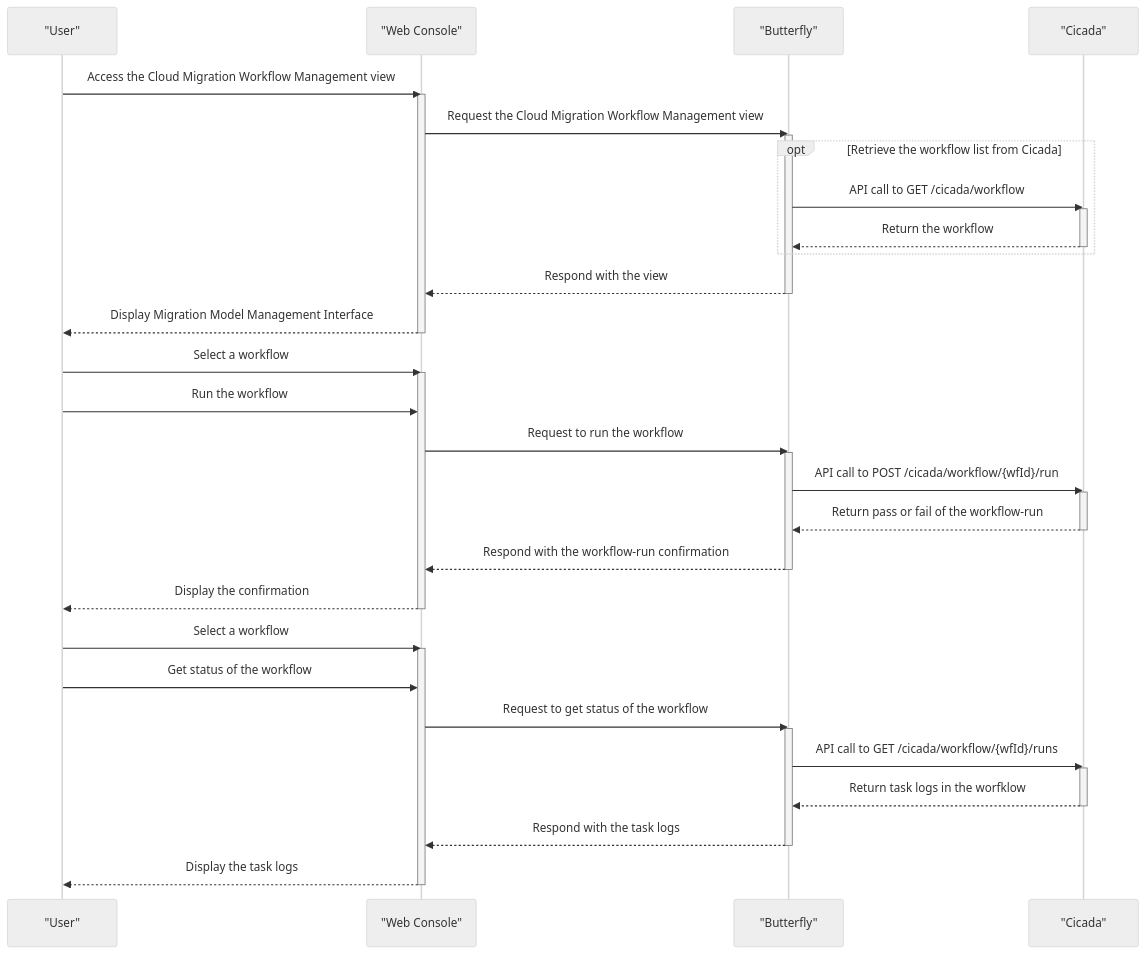
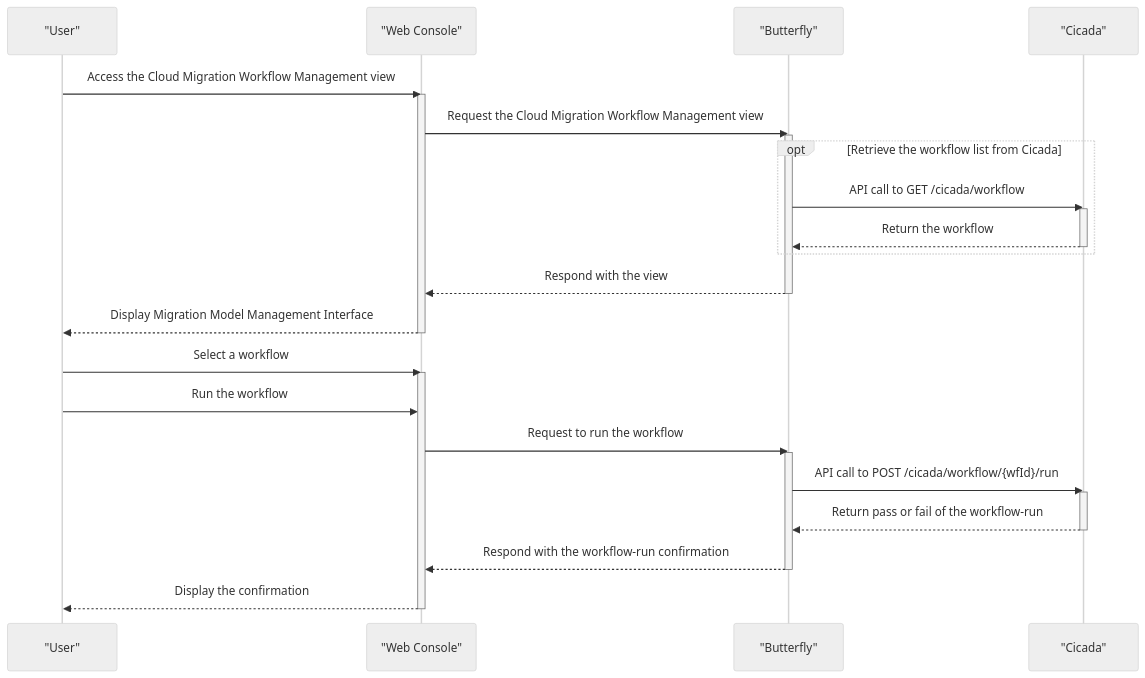
One commit to cloud-barista/cloud-migrator changed diagram 11 of 12 in docs/sequence-diagrams-for-user-scenarios.md. Above: the diagram before and after it, drawn with Mermaid (neutral theme). The commit also changed other lines of this file, not shown here.

Commit message:
Update the user scenario of computing infra migration

````diff
--- a/docs/sequence-diagrams-for-user-scenarios.md
+++ b/docs/sequence-diagrams-for-user-scenarios.md
@@ -603,55 +583,54 @@
 ```mermaid
 sequenceDiagram
     participant User as "User"
     participant Browser as "Web Console"
     participant Butterfly as "Butterfly"
     participant Cicada as "Cicada"
-	
+
 	%% Step 0: User accesses Cloud Migration Workflow Management View
     User->>Browser: Access the Cloud Migration Workflow Management view
     activate Browser
     Browser->>Butterfly: Request the Cloud Migration Workflow Management view
     activate Butterfly
     opt Retrieve the workflow list from Cicada
 	    Butterfly->>Cicada: API call to GET /cicada/workflow
 	    activate Cicada
 	    Cicada-->>Butterfly: Return the workflow
 	    deactivate Cicada
-	end		
+	end
     Butterfly-->>Browser: Respond with the view
     deactivate Butterfly
     Browser-->>User: Display Migration Model Management Interface
     deactivate Browser
 
     %% Select and run a workflow
     User->>Browser: Select a workflow
     activate Browser
     User->>Browser: Run the workflow
     Browser->>Butterfly: Request to run the workflow
     activate Butterfly
 	Butterfly->>Cicada: API call to POST /cicada/workflow/{wfId}/run
 	activate Cicada
 	Cicada-->>Butterfly: Return pass or fail of the workflow-run
 	deactivate Cicada
 	Butterfly-->>Browser: Respond with the workflow-run confirmation
     deactivate Butterfly
     Browser-->>User: Display the confirmation
     deactivate Browser
 
 
-    %% Get status of the workflow
-    User->>Browser: Select a workflow
-    activate Browser
-    User->>Browser: Get status of the workflow
-    Browser->>Butterfly: Request to get status of the workflow 
-    activate Butterfly
-	Butterfly->>Cicada: API call to GET /cicada/workflow/{wfId}/runs
-	activate Cicada
-	Cicada-->>Butterfly: Return task logs in the worfklow
-	deactivate Cicada
-	Butterfly-->>Browser: Respond with the task logs 
-    deactivate Butterfly
-    Browser-->>User: Display the task logs
-    deactivate Browser
-
+	%% %% Get status of the workflow
+    %% User->>Browser: Select a workflow
+    %% activate Browser
+    %% User->>Browser: Get status of the workflow
+    %% Browser->>Butterfly: Request to get status of the workflow
+    %% activate Butterfly
+	%% Butterfly->>Cicada: API call to GET /cicada/workflow/{wfId}/runs
+	%% activate Cicada
+	%% Cicada-->>Butterfly: Return task logs in the worfklow
+	%% deactivate Cicada
+	%% Butterfly-->>Browser: Respond with the task logs
+    %% deactivate Butterfly
+    %% Browser-->>User: Display the task logs
+    %% deactivate Browser
 ```
````
